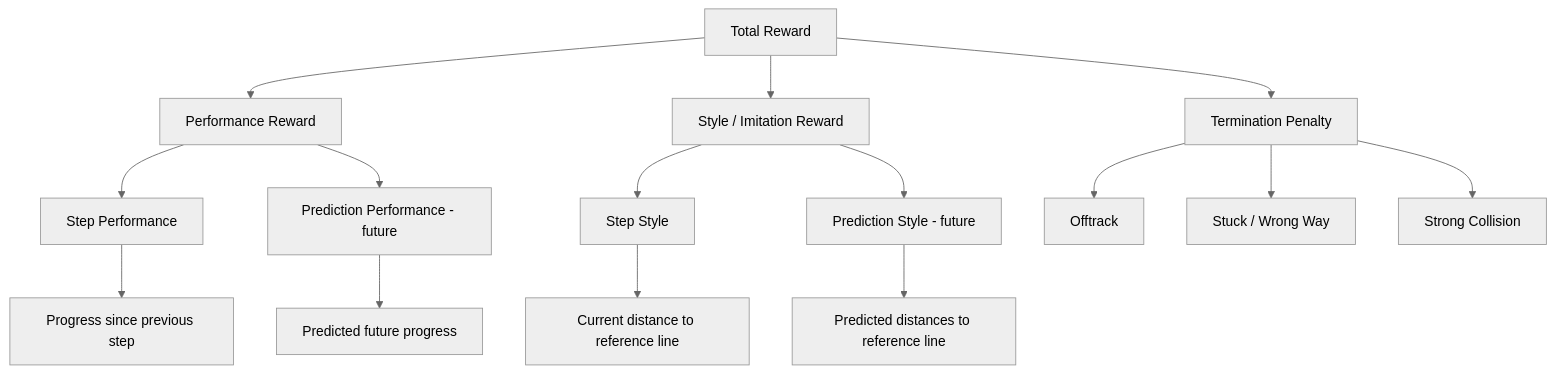
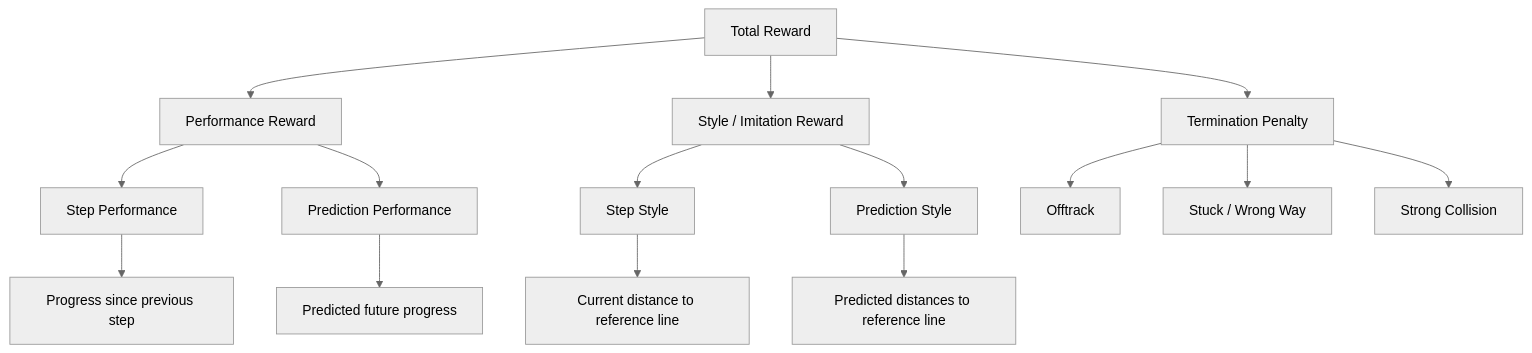
The diagram in docs/reward.md (wwlarsww/Assetto_Corsa_RL_Drivermodel), drawn with Mermaid (neutral theme) before and after one commit. The commit also changed other lines of this file and 2 other files, not shown here.

Commit message:
docs: explain future prediction rewards and warmup validation

````diff
--- a/docs/reward.md
+++ b/docs/reward.md
@@ -17,29 +17,29 @@
 ```mermaid
 flowchart TD
 
     R[Total Reward]
 
     P[Performance Reward]
     S[Style / Imitation Reward]
     T[Termination Penalty]
 
     R --> P
     R --> S
     R --> T
 
     P --> PS[Step Performance]
-    P --> PP[Prediction Performance - future]
+    P --> PP[Prediction Performance]
 
     S --> SS[Step Style]
-    S --> SP[Prediction Style - future]
+    S --> SP[Prediction Style]
 
     PS --> DS[Progress since previous step]
     PP --> PD[Predicted future progress]
 
     SS --> LO[Current distance to reference line]
     SP --> FP[Predicted distances to reference line]
 
     T --> OT[Offtrack]
     T --> ST[Stuck / Wrong Way]
     T --> CO[Strong Collision]
 ```
````
